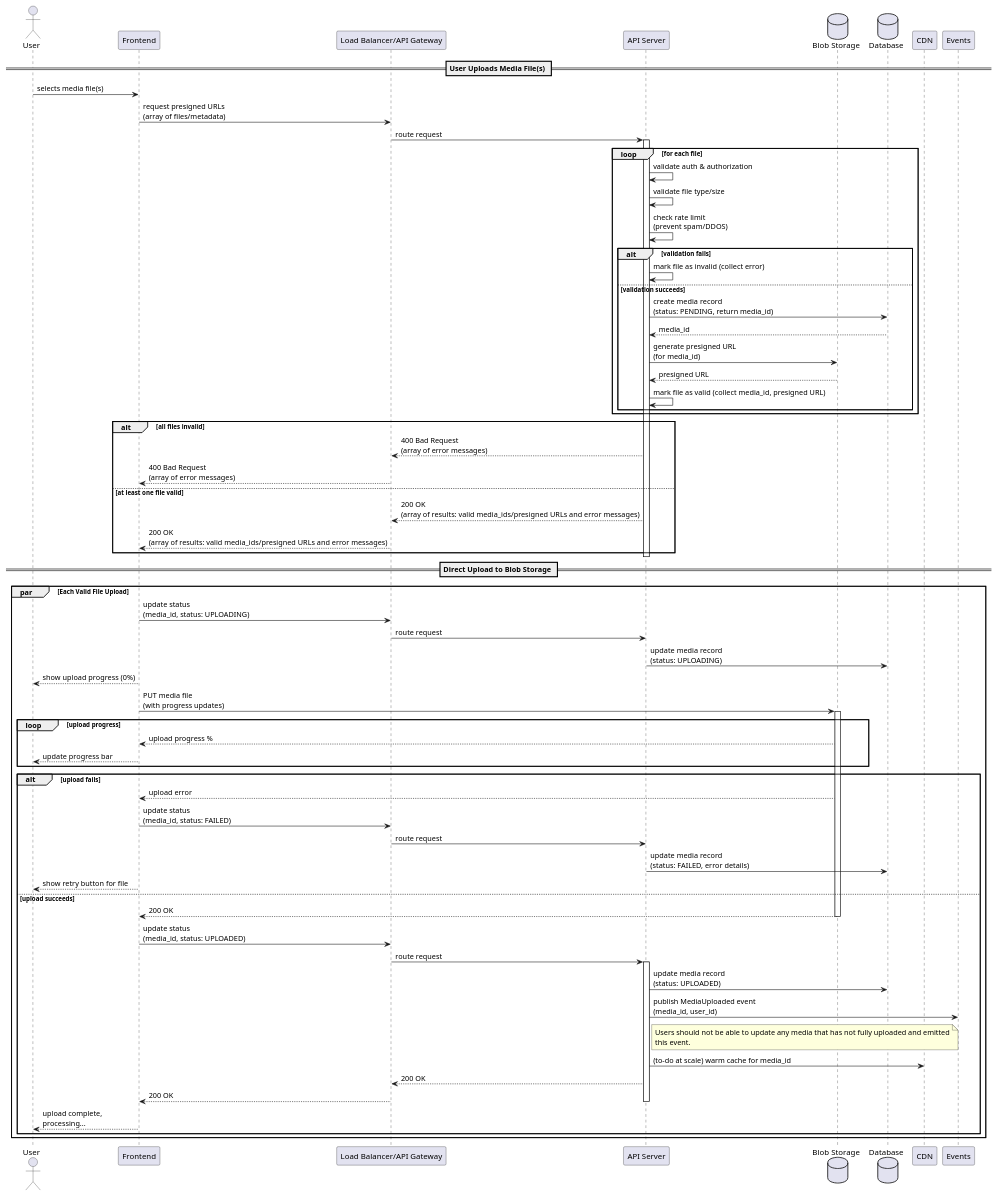
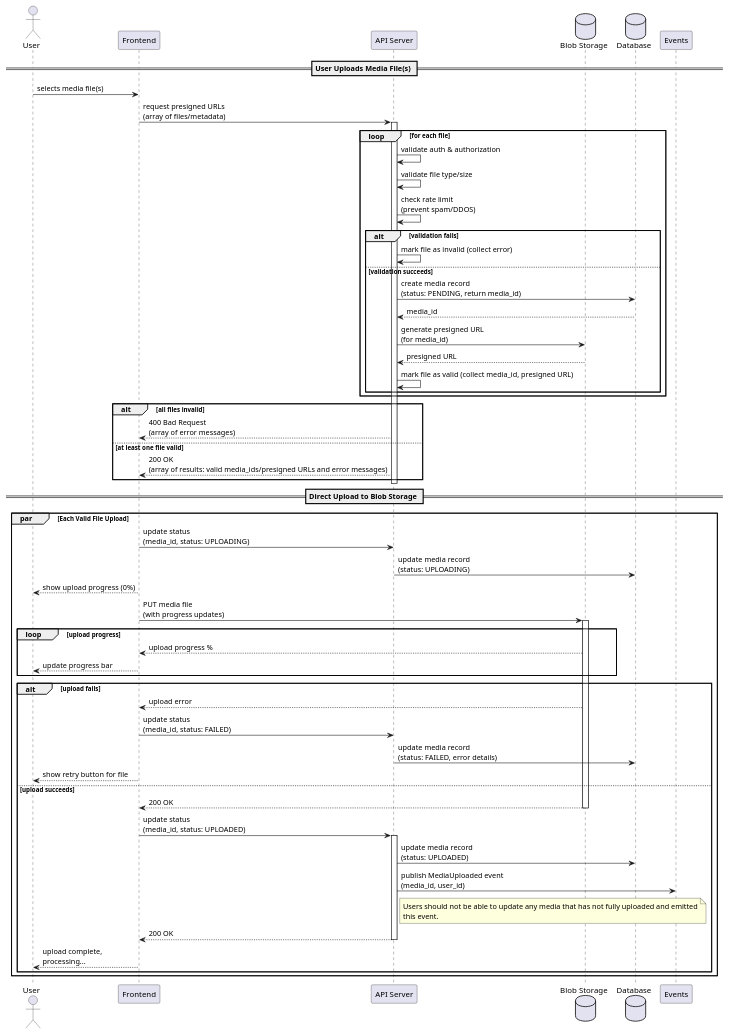
One commit to MikeF0007/reef-connect changed the diagram in designs/sequences/media/media_upload/media_upload_sequence.puml. Above: the diagram before and after it, drawn with PlantUML. The commit also changed 19 other files, not shown here.

```diff
--- a/designs/sequences/media/media_upload/media_upload_sequence.puml
+++ b/designs/sequences/media/media_upload/media_upload_sequence.puml
@@ -1,75 +1,65 @@
 @startuml Media Upload Sequence
 actor User
 participant Frontend
-participant "Load Balancer/API Gateway" as LB
 participant "API Server" as API
 database "Blob Storage" as Blob
 database "Database" as DB
-participant "CDN" as CDN
 
 == User Uploads Media File(s) ==
 User -> Frontend: selects media file(s)
-Frontend -> LB: request presigned URLs\n(array of files/metadata)
-LB -> API: route request
+Frontend -> API: request presigned URLs\n(array of files/metadata)
 activate API
 loop for each file
     API -> API: validate auth & authorization
     API -> API: validate file type/size
     API -> API: check rate limit\n(prevent spam/DDOS)
     alt validation fails
         API -> API: mark file as invalid (collect error)
     else validation succeeds
         API -> DB: create media record\n(status: PENDING, return media_id)
         DB --> API: media_id
         API -> Blob: generate presigned URL\n(for media_id)
         Blob --> API: presigned URL
         API -> API: mark file as valid (collect media_id, presigned URL)
     end
 end
 alt all files invalid
-    API --> LB: 400 Bad Request\n(array of error messages)
-    LB --> Frontend: 400 Bad Request\n(array of error messages)
+    API --> Frontend: 400 Bad Request\n(array of error messages)
 else at least one file valid
-    API --> LB: 200 OK\n(array of results: valid media_ids/presigned URLs and error messages)
-    LB --> Frontend: 200 OK\n(array of results: valid media_ids/presigned URLs and error messages)
+    API --> Frontend: 200 OK\n(array of results: valid media_ids/presigned URLs and error messages)
 end
 deactivate API
 
 == Direct Upload to Blob Storage ==
 par Each Valid File Upload
-    Frontend -> LB: update status\n(media_id, status: UPLOADING)
-    LB -> API: route request
+    Frontend -> API: update status\n(media_id, status: UPLOADING)
     API -> DB: update media record\n(status: UPLOADING)
     Frontend --> User: show upload progress (0%)
     Frontend -> Blob: PUT media file\n(with progress updates)
     activate Blob
     loop upload progress
         Blob --> Frontend: upload progress %
         Frontend --> User: update progress bar
     end
     alt upload fails
         Blob --> Frontend: upload error
-        Frontend -> LB: update status\n(media_id, status: FAILED)
-        LB -> API: route request
+        Frontend -> API: update status\n(media_id, status: FAILED)
         API -> DB: update media record\n(status: FAILED, error details)
         Frontend --> User: show retry button for file
     else upload succeeds
         Blob --> Frontend: 200 OK
         deactivate Blob
-        Frontend -> LB: update status\n(media_id, status: UPLOADED)
-        LB -> API: route request
+        Frontend -> API: update status\n(media_id, status: UPLOADED)
         activate API
         API -> DB: update media record\n(status: UPLOADED)
         API -> Events: publish MediaUploaded event\n(media_id, user_id)
         note right of API
             Users should not be able to update any media that has not fully uploaded and emitted
             this event.
         end note
-        API -> CDN: (to-do at scale) warm cache for media_id
-        API --> LB: 200 OK
-        LB --> Frontend: 200 OK
+        API --> Frontend: 200 OK
         deactivate API
         Frontend --> User: upload complete,\nprocessing...
     end
 end par
 @enduml
```
